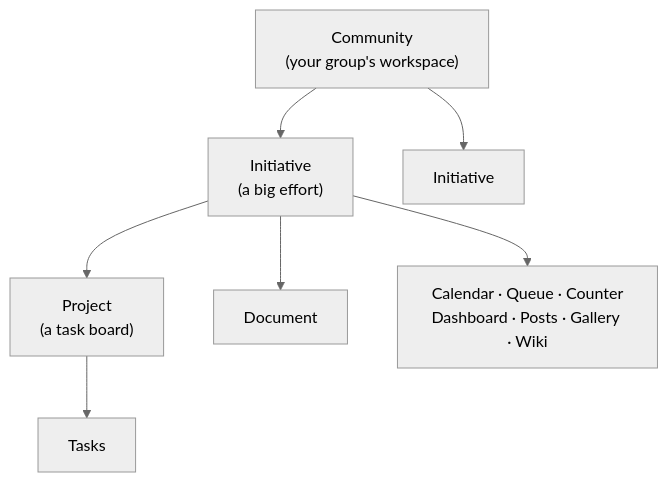
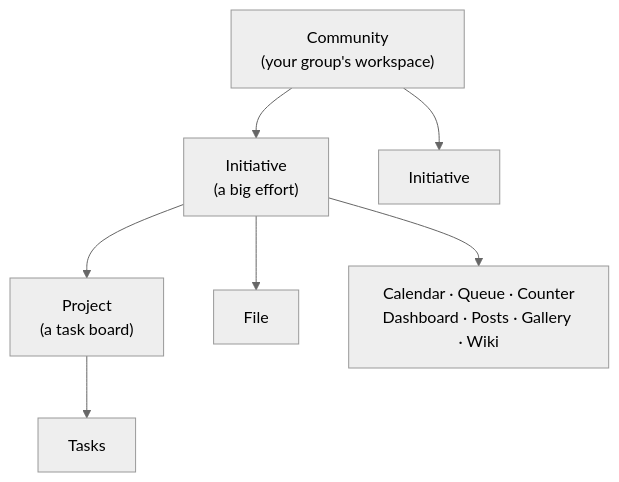
Before and after one commit to Morelitea/initiative: the diagram in docs/en/concepts/index.md, drawn with Mermaid (neutral theme). The commit also changed other lines of this file and 42 other files, not shown here.

````diff
--- a/docs/en/concepts/index.md
+++ b/docs/en/concepts/index.md
@@ -11,17 +11,17 @@
 ```mermaid
 graph TD
   G["Community<br/>(your group's workspace)"]
   I1["Initiative<br/>(a big effort)"]
   I2["Initiative"]
   P1["Project<br/>(a task board)"]
-  D1["Document"]
+  D1["File"]
   T1["Calendar · Queue · Counter<br/>Dashboard · Posts · Gallery · Wiki"]
   TASK["Tasks"]
 
   G --> I1
   G --> I2
   I1 --> P1
   I1 --> D1
   I1 --> T1
   P1 --> TASK
 ```
````
